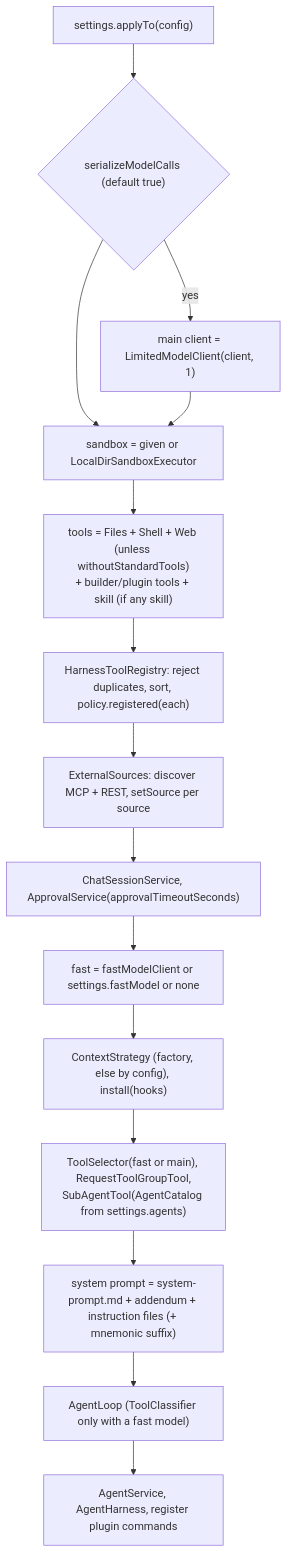
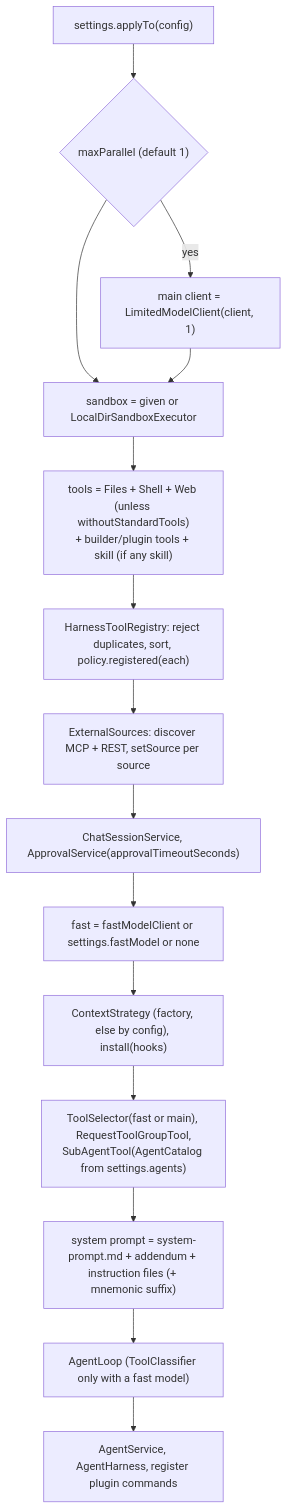
The second of 5 diagrams in docs/INTERNALS.md (kendarorg/jllm), drawn with Mermaid before and after one commit. The commit also changed other lines of this file and 183 other files, not shown here.

````diff
--- a/docs/INTERNALS.md
+++ b/docs/INTERNALS.md
@@ -58,17 +58,17 @@
 ```mermaid
 flowchart TD
-    A["settings.applyTo(config)"] --> B{"serializeModelCalls (default true)"}
+    A["settings.applyTo(config)"] --> B{"maxParallel (default 1)"}
     B -->|yes| B1["main client = LimitedModelClient(client, 1)"]
     B --> C["sandbox = given or LocalDirSandboxExecutor"]
     B1 --> C
     C --> D["tools = Files + Shell + Web (unless withoutStandardTools)<br/>+ builder/plugin tools + skill (if any skill)"]
     D --> E["HarnessToolRegistry: reject duplicates, sort, policy.registered(each)"]
     E --> F["ExternalSources: discover MCP + REST, setSource per source"]
     F --> G["ChatSessionService, ApprovalService(approvalTimeoutSeconds)"]
     G --> H1["fast = fastModelClient or settings.fastModel or none"]
     H1 --> I["ContextStrategy (factory, else by config), install(hooks)"]
     I --> J["ToolSelector(fast or main), RequestToolGroupTool,<br/>SubAgentTool(AgentCatalog from settings.agents)"]
     J --> K["system prompt = system-prompt.md + addendum + instruction files (+ mnemonic suffix)"]
     K --> L["AgentLoop (ToolClassifier only with a fast model)"]
     L --> M["AgentService, AgentHarness, register plugin commands"]
 ```
````
